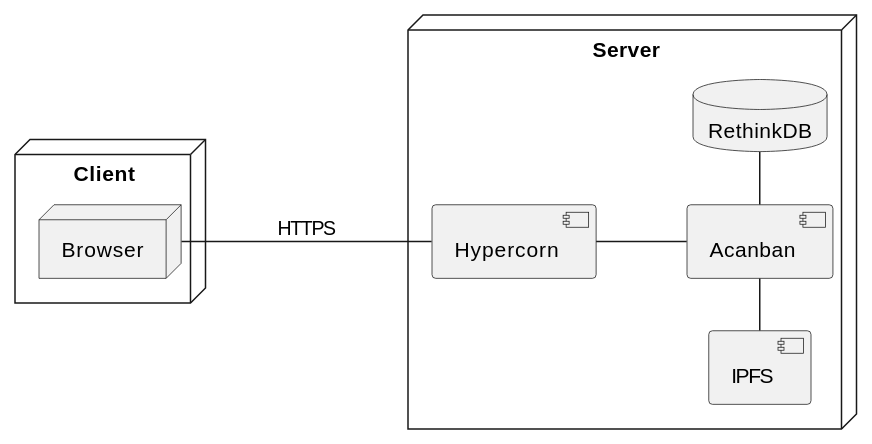
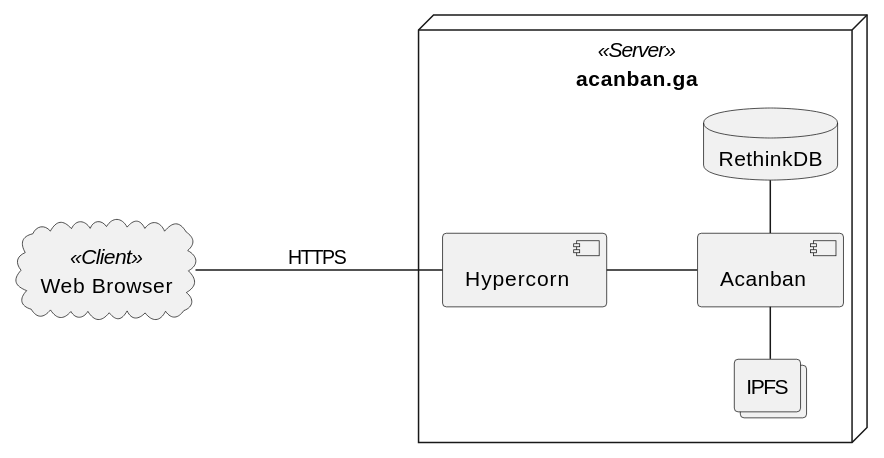
Before and after one commit to Huy-Ngo/acanban: the second of 2 diagrams in docs/source/meth/arch.rst, drawn with PlantUML. The commit also changed other lines of this file and 4 other files, not shown here.

```diff
--- a/docs/source/meth/arch.rst
+++ b/docs/source/meth/arch.rst
@@ -17,21 +45,19 @@
 .. uml::
-   :caption: Server-Client architecture
-   :name: arch
+   :caption: Deployment architecture
+   :name: ga
 
    left to right direction
 
-   node Client {
-      node Browser
-   }
+   cloud "Web Browser" as Browser << Client >>
 
-   node Server {
+   node "acanban.ga" as Server << Server >> {
       database "RethinkDB" as db
       component Acanban
       component Hypercorn
-      component IPFS
+      collections IPFS
    }
 
    Browser --- Hypercorn: HTTPS
    Hypercorn -- Acanban
    IPFS - Acanban
    Acanban - db
```
